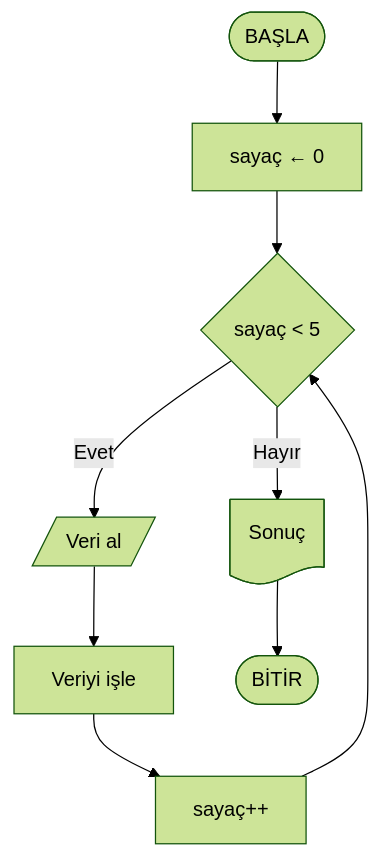
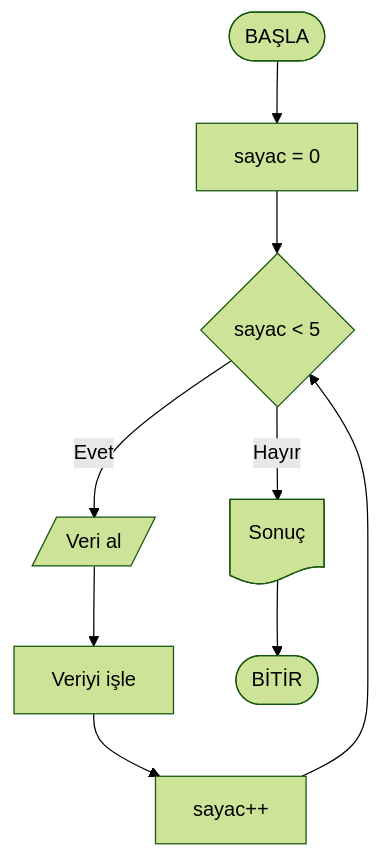
One commit to ibrahimayaz/Algoritma-ve-Programlamaya-Giris-2025 changed the third of 5 diagrams in Hafta03/ders_icerik.md. Above: the diagram before and after it, drawn with Mermaid (forest theme). The commit also changed other lines of this file and 59 other files, not shown here.

````diff
--- a/Hafta03/ders_icerik.md
+++ b/Hafta03/ders_icerik.md
@@ -400,7 +393,7 @@
 ```mermaid
 flowchart TD
-  start([BAŞLA]) --> init[sayaç ← 0]
-  init --> loop{sayaç < 5}
-  loop -- Evet --> in[/Veri al/] --> proc[Veriyi işle] --> inc[sayaç++] --> loop
+  start([BAŞLA]) --> init[sayac = 0]
+  init --> loop{sayac < 5}
+  loop -- Evet --> in[/Veri al/] --> proc[Veriyi işle] --> inc[sayac++] --> loop
   loop -- Hayır --> show@{ shape: doc, label: "Sonuç" } --> endNode([BİTİR])
 ```
````
